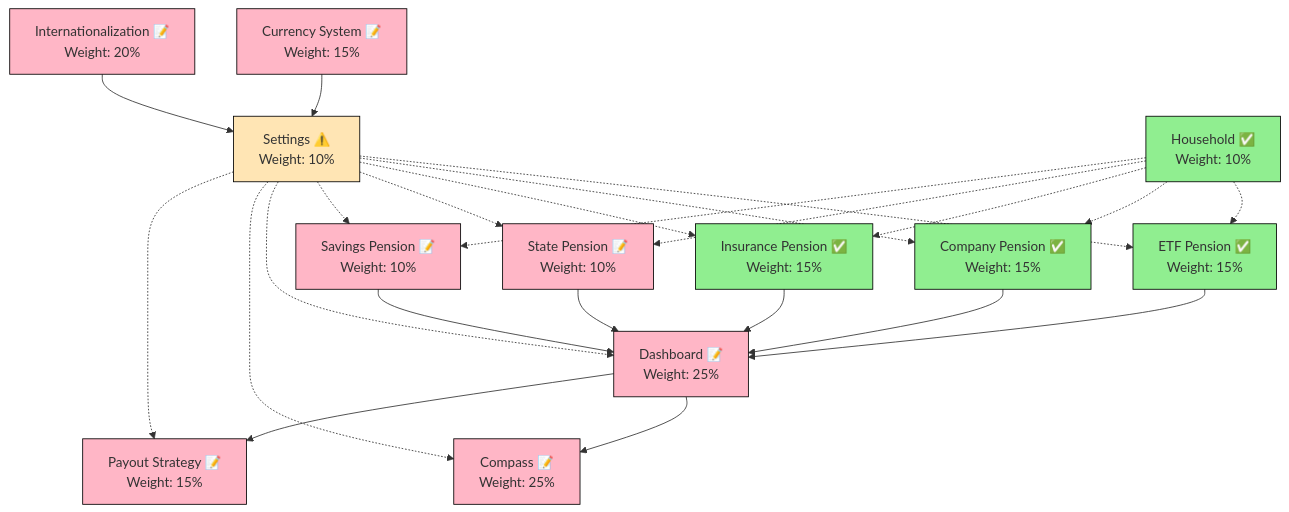
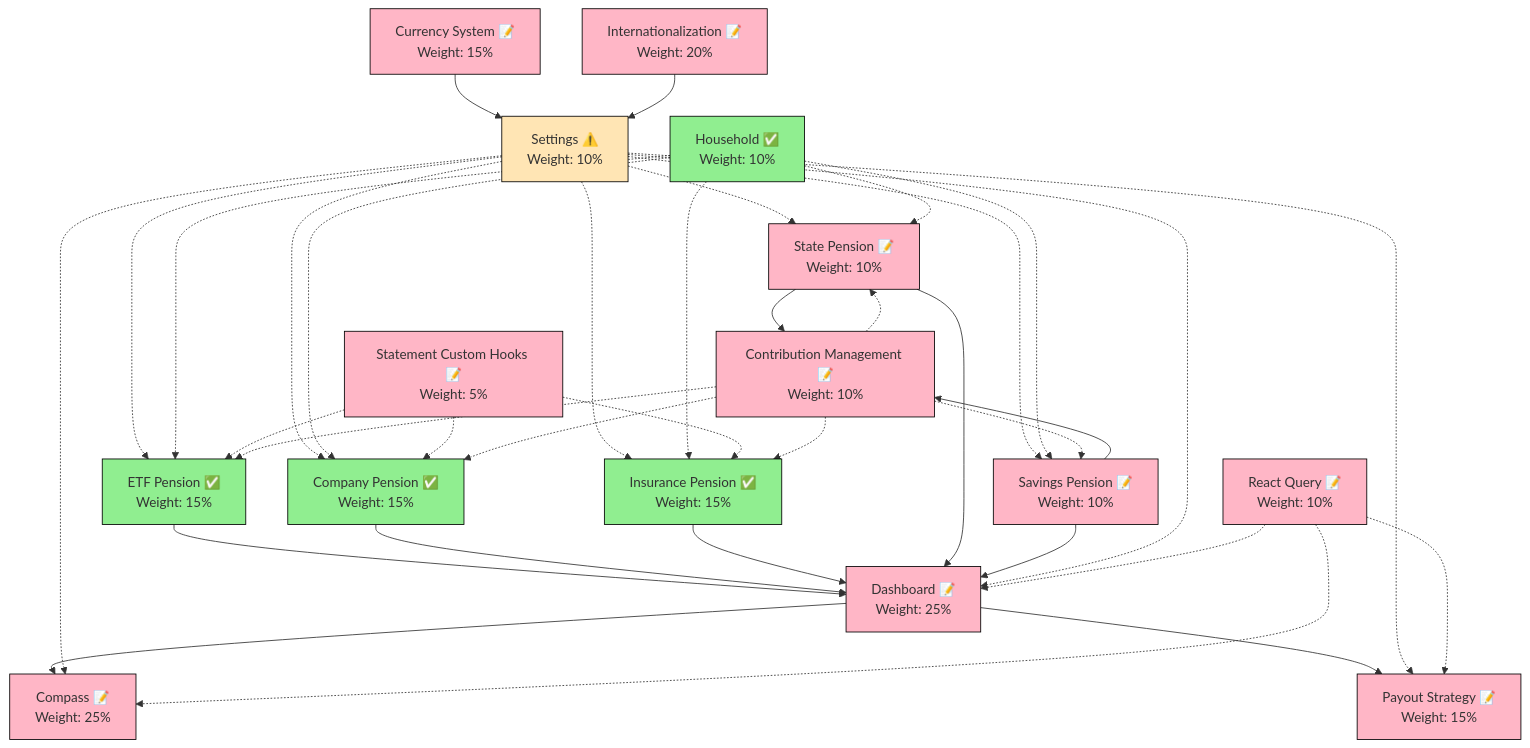
One commit to my-axel/goldfinch changed the first of 2 diagrams in PROGRESS.md. Above: the diagram before and after it, drawn with Mermaid. The commit also changed other lines of this file and 14 other files, not shown here.

````diff
--- a/PROGRESS.md
+++ b/PROGRESS.md
@@ -154,44 +151,61 @@
 ```mermaid
 graph TD
     %% Core Modules
     ETF[ETF Pension ✅<br/>Weight: 15%] --> D
     CP[Company Pension ✅<br/>Weight: 15%] --> D
     IP[Insurance Pension ✅<br/>Weight: 15%] --> D
     SP[State Pension 📝<br/>Weight: 10%] --> D
     SVP[Savings Pension 📝<br/>Weight: 10%] --> D
     D[Dashboard 📝<br/>Weight: 25%] --> C
     D --> PS
     
     %% Dependent Modules
     C[Compass 📝<br/>Weight: 25%]
     PS[Payout Strategy 📝<br/>Weight: 15%]
     
     %% Cross-Cutting Features
     CS[Currency System 📝<br/>Weight: 15%] --> S
     I18n[Internationalization 📝<br/>Weight: 20%] --> S
     
     %% Settings affects all modules
     S[Settings ⚠️<br/>Weight: 10%] -.-> ETF
     S -.-> CP
     S -.-> IP
     S -.-> SP
     S -.-> SVP
     S -.-> D
     S -.-> C
     S -.-> PS
     
     %% Household integration
     H[Household ✅<br/>Weight: 10%] -.-> ETF
     H -.-> CP
     H -.-> IP
     H -.-> SP
     H -.-> SVP
     
+    %% Technical Improvements
+    SCH[Statement Custom Hooks 📝<br/>Weight: 5%] -.-> ETF
+    SCH -.-> CP
+    SCH -.-> IP
+    RQ[React Query 📝<br/>Weight: 10%] -.-> D
+    RQ -.-> C
+    RQ -.-> PS
+    CM[Contribution Management 📝<br/>Weight: 10%] -.-> ETF
+    CM -.-> CP
+    CM -.-> IP
+    CM -.-> SP
+    CM -.-> SVP
+    
+    %% Dependencies for Contribution Management
+    SP --> CM
+    SVP --> CM
+    
     %% Styling
     classDef complete fill:#90EE90,stroke:#000
     classDef partial fill:#FFE5B4,stroke:#000
     classDef notStarted fill:#FFB6C6,stroke:#000
     class ETF,H,CP,IP complete
     class S partial
-    class SP,SVP,CS,I18n,D,C,PS notStarted
+    class SP,SVP,CS,I18n,D,C,PS,SCH,RQ,CM notStarted
 ```
````
